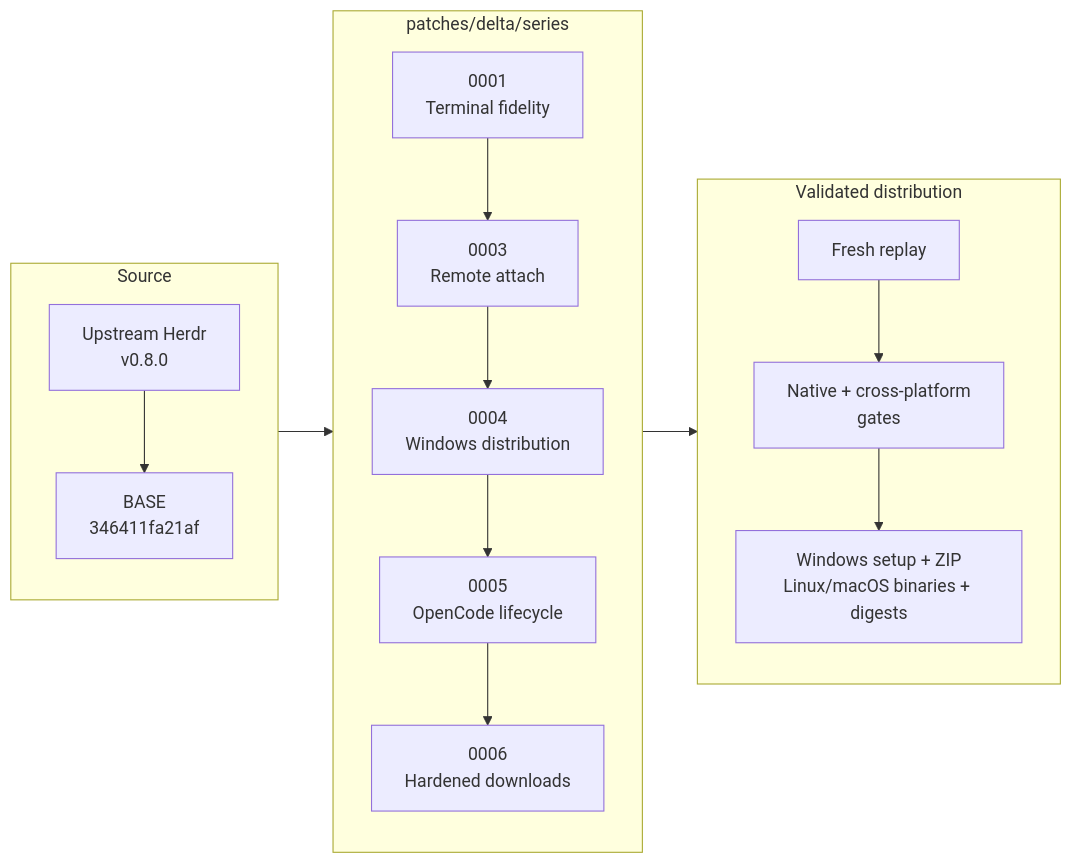
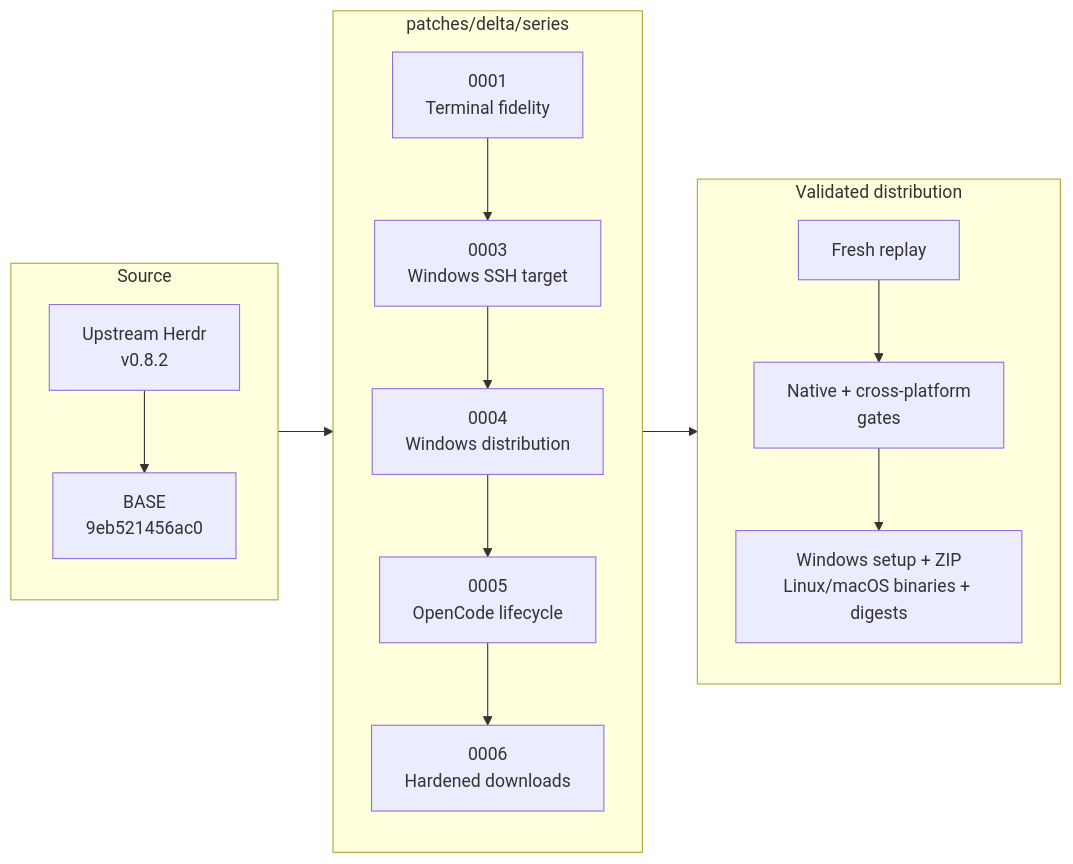
One commit to hdosys/herdr-win changed the diagram in README.md. Above: the diagram before and after it, drawn with Mermaid. The commit also changed other lines of this file and 15 other files, not shown here.

````diff
--- a/README.md
+++ b/README.md
@@ -56,24 +56,24 @@
 ```mermaid
 flowchart LR
     subgraph S["Source"]
         direction TB
-        U["Upstream Herdr<br/>v0.8.0"] --> B["BASE<br/>346411fa21af"]
+        U["Upstream Herdr<br/>v0.8.2"] --> B["BASE<br/>9eb521456ac0"]
     end
 
     subgraph Q["patches/delta/series"]
         direction TB
-        P1["0001<br/>Terminal fidelity"] --> P3["0003<br/>Remote attach"]
+        P1["0001<br/>Terminal fidelity"] --> P3["0003<br/>Windows SSH target"]
         P3 --> P4["0004<br/>Windows distribution"]
         P4 --> P5["0005<br/>OpenCode lifecycle"]
         P5 --> P6["0006<br/>Hardened downloads"]
     end
 
     subgraph V["Validated distribution"]
         direction TB
         R["Fresh replay"] --> G["Native + cross-platform<br/>gates"]
         G --> A["Windows setup + ZIP<br/>Linux/macOS binaries + digests"]
     end
 
     B --> P1
     P6 --> R
 ```
````
